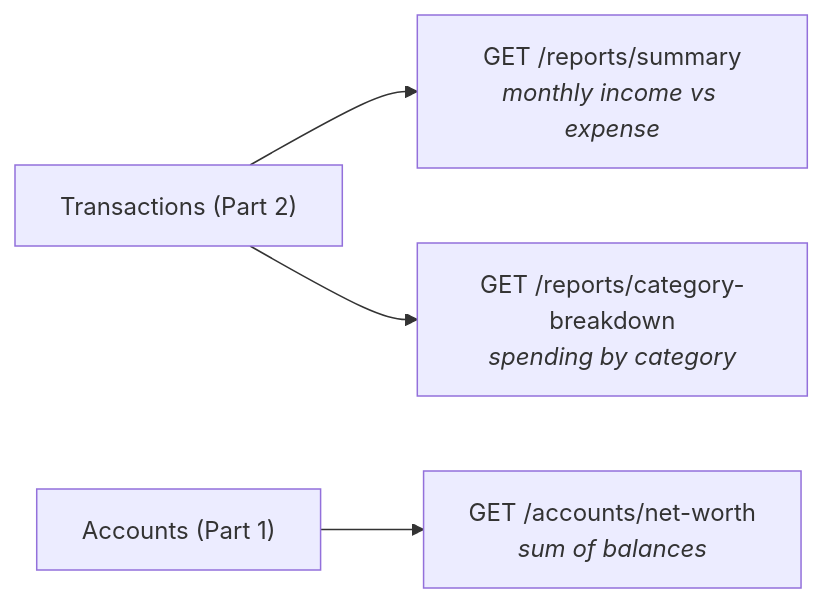
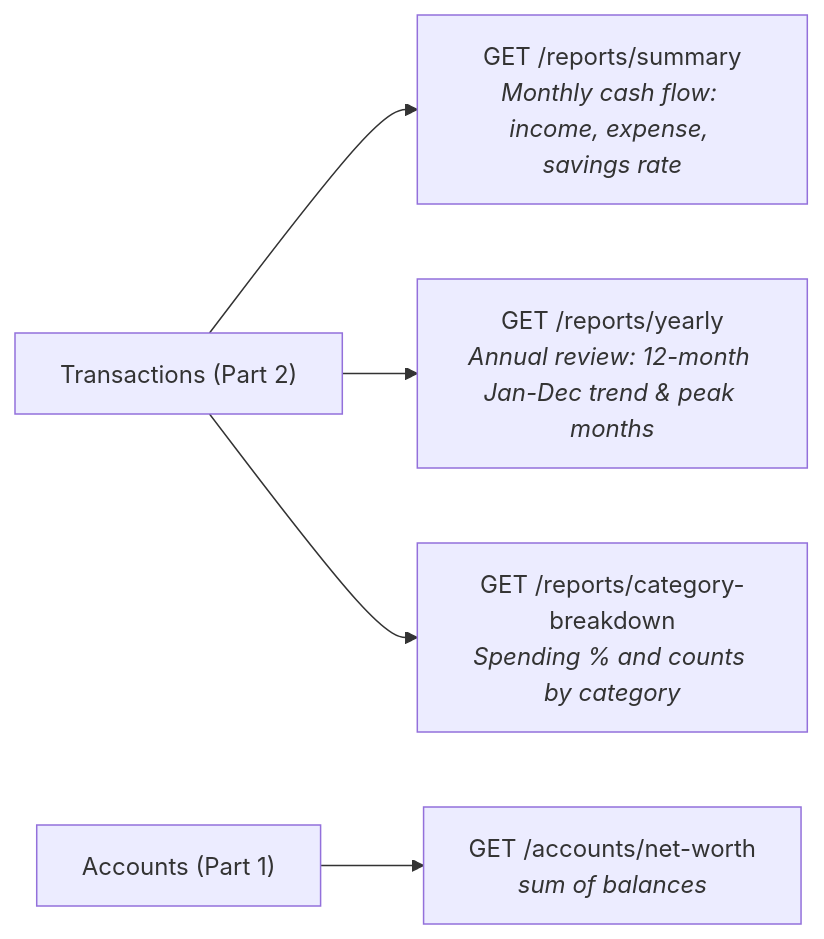
One commit to MeanLesss/personal-finance-tracker changed the fourth of 5 diagrams in README.md. Above: the diagram before and after it, drawn with Mermaid. The commit also changed other lines of this file and 11 other files, not shown here.

````diff
--- a/README.md
+++ b/README.md
@@ -145,6 +145,7 @@
 ```mermaid
 flowchart LR
-    T["Transactions (Part 2)"] --> S["GET /reports/summary<br/><i>monthly income vs expense</i>"]
-    T --> CB["GET /reports/category-breakdown<br/><i>spending by category</i>"]
+    T["Transactions (Part 2)"] --> S["GET /reports/summary<br/><i>Monthly cash flow: income, expense, savings rate</i>"]
+    T --> YR["GET /reports/yearly<br/><i>Annual review: 12-month Jan-Dec trend & peak months</i>"]
+    T --> CB["GET /reports/category-breakdown<br/><i>Spending % and counts by category</i>"]
     A["Accounts (Part 1)"] --> NW["GET /accounts/net-worth<br/><i>sum of balances</i>"]
 ```
````
